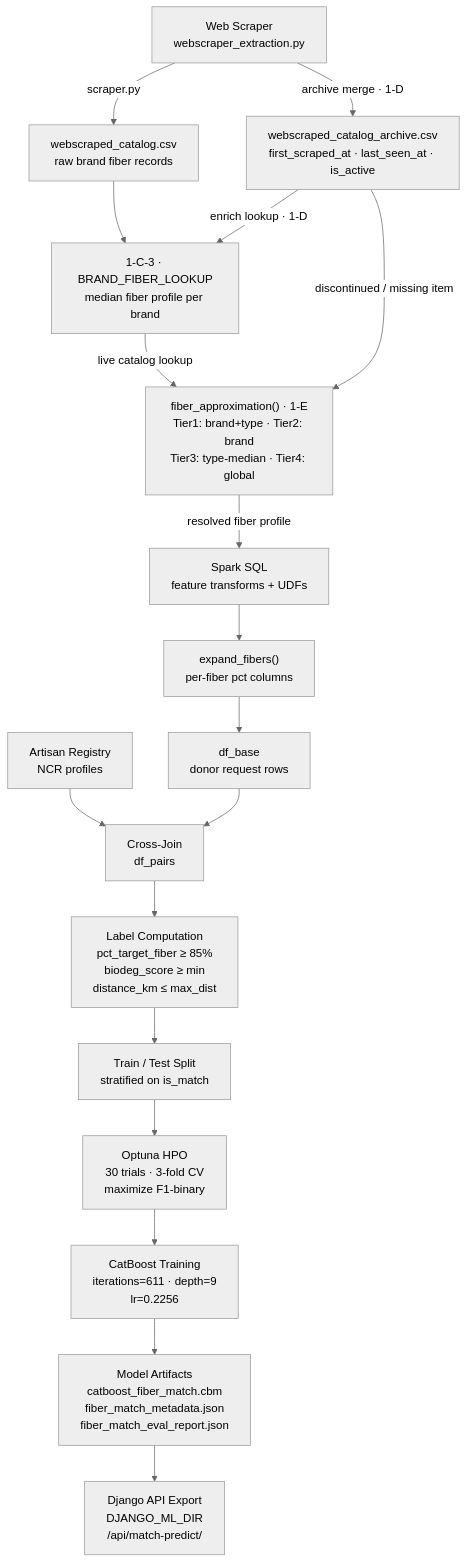
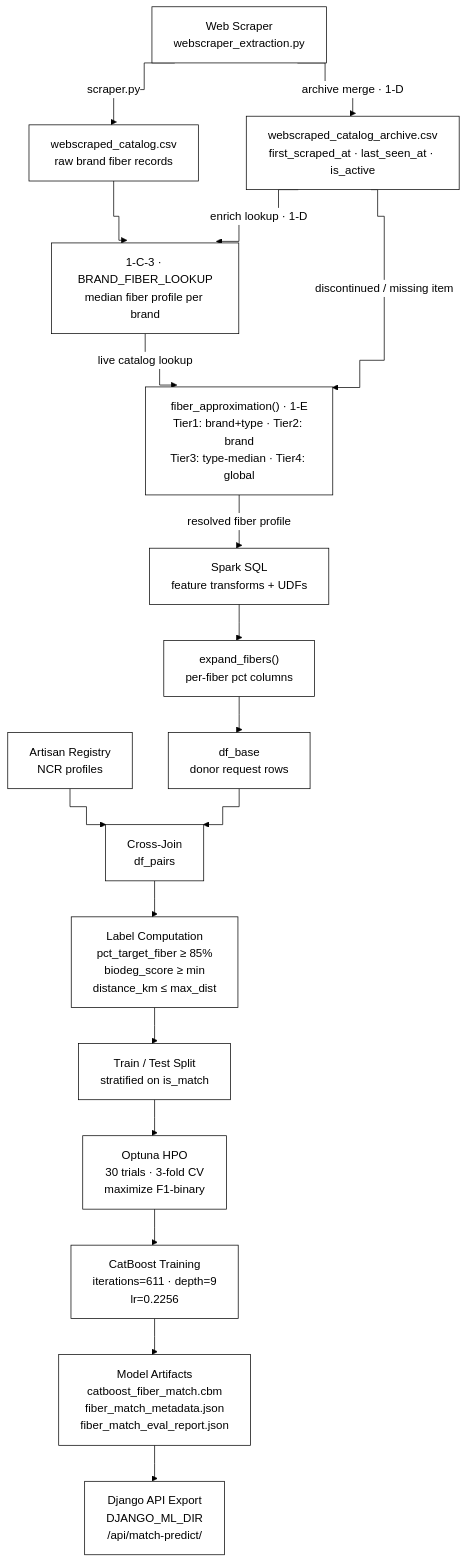
The first of 2 diagrams in README.md (bakuncwa/weaveforward_fiber_model), drawn with Mermaid before and after one commit. The commit also changed other lines of this file, not shown here.

Commit message:
Black-and-white Mermaid diagrams

````diff
--- a/README.md
+++ b/README.md
@@ -52,21 +52,21 @@
 ```mermaid
-%%{init: {'theme': 'neutral'}}%%
+%%{init: {'theme': 'base', 'flowchart': {'curve': 'step'}, 'themeVariables': {'primaryColor': '#ffffff', 'primaryBorderColor': '#000000', 'primaryTextColor': '#000000', 'lineColor': '#000000', 'secondaryColor': '#ffffff', 'tertiaryColor': '#ffffff', 'mainBkg': '#ffffff', 'nodeBorder': '#000000', 'clusterBkg': '#ffffff', 'clusterBorder': '#000000', 'edgeLabelBackground': '#ffffff', 'attributeBackgroundColorOdd': '#ffffff', 'attributeBackgroundColorEven': '#ffffff'}}}%%
 flowchart TD
     A["Web Scraper<br/>webscraper_extraction.py"] -->|scraper.py| B["webscraped_catalog.csv<br/>raw brand fiber records"]
     A -->|archive merge · 1-D| B2["webscraped_catalog_archive.csv<br/>first_scraped_at · last_seen_at · is_active"]
     B --> C1["1-C-3 · BRAND_FIBER_LOOKUP<br/>median fiber profile per brand"]
     B2 -->|enrich lookup · 1-D| C1
     C1 -->|live catalog lookup| FB["fiber_approximation() · 1-E<br/>Tier1: brand+type · Tier2: brand<br/>Tier3: type-median · Tier4: global"]
     B2 -->|discontinued / missing item| FB
     FB -->|resolved fiber profile| C["Spark SQL<br/>feature transforms + UDFs"]
     C --> D["expand_fibers()<br/>per-fiber pct columns"]
     D --> E["df_base<br/>donor request rows"]
     F["Artisan Registry<br/>NCR profiles"] --> G
     E --> G["Cross-Join<br/>df_pairs"]
     G --> H["Label Computation<br/>pct_target_fiber ≥ 85%<br/>biodeg_score ≥ min<br/>distance_km ≤ max_dist"]
     H --> I["Train / Test Split<br/>stratified on is_match"]
     I --> J["Optuna HPO<br/>30 trials · 3-fold CV<br/>maximize F1-binary"]
     J --> K["CatBoost Training<br/>iterations=611 · depth=9<br/>lr=0.2256"]
     K --> L["Model Artifacts<br/>catboost_fiber_match.cbm<br/>fiber_match_metadata.json<br/>fiber_match_eval_report.json"]
     L --> M["Django API Export<br/>DJANGO_ML_DIR<br/>/api/match-predict/"]
 ```
````
